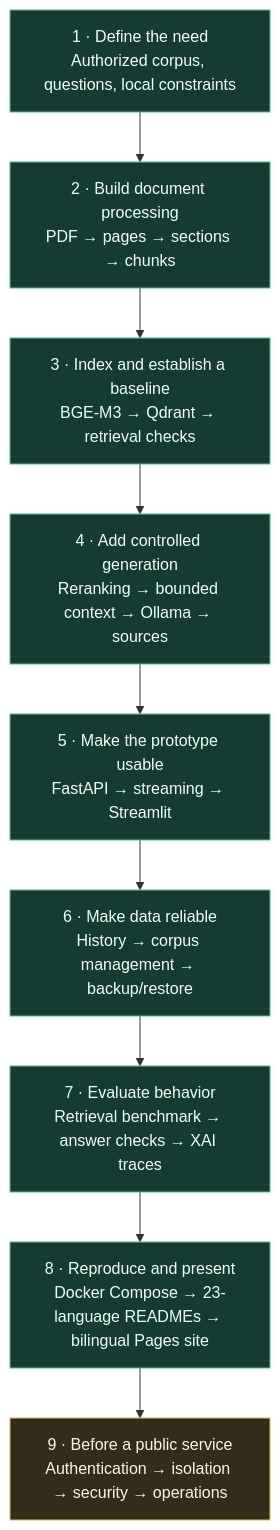
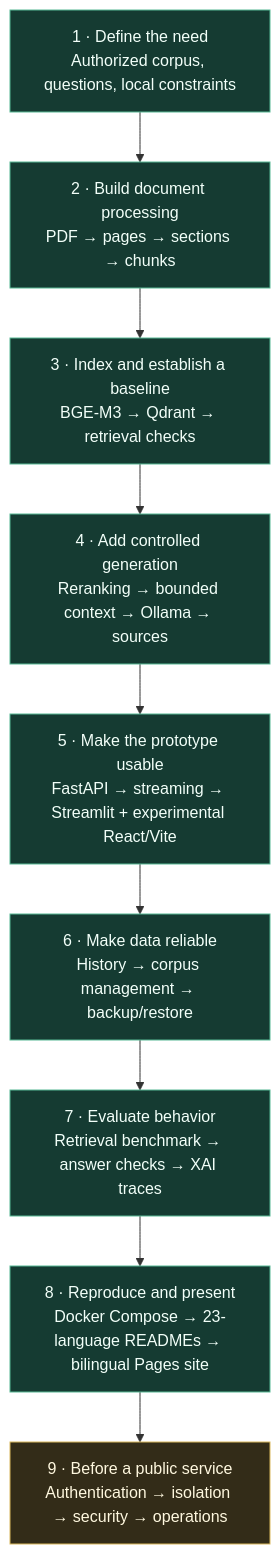
The diagram in docs/project-stages.en.md (zitouthani/RSLM), drawn with Mermaid before and after one commit. The commit also changed other lines of this file and 30 other files, not shown here.

First line of the commit message:
feat: Enhance retrieval graph and context handling in API responses

````diff
--- a/docs/project-stages.en.md
+++ b/docs/project-stages.en.md
@@ -9,15 +9,15 @@
 ```mermaid
 flowchart TD
     A["1 · Define the need<br/>Authorized corpus, questions, local constraints"] --> B["2 · Build document processing<br/>PDF → pages → sections → chunks"]
     B --> C["3 · Index and establish a baseline<br/>BGE-M3 → Qdrant → retrieval checks"]
     C --> D["4 · Add controlled generation<br/>Reranking → bounded context → Ollama → sources"]
-    D --> E["5 · Make the prototype usable<br/>FastAPI → streaming → Streamlit"]
+    D --> E["5 · Make the prototype usable<br/>FastAPI → streaming → Streamlit + experimental React/Vite"]
     E --> F["6 · Make data reliable<br/>History → corpus management → backup/restore"]
     F --> G["7 · Evaluate behavior<br/>Retrieval benchmark → answer checks → XAI traces"]
     G --> H["8 · Reproduce and present<br/>Docker Compose → 23-language READMEs → bilingual Pages site"]
     H --> I["9 · Before a public service<br/>Authentication → isolation → security → operations"]
     classDef implemented fill:#153b32,stroke:#57b894,color:#f2fff9
     classDef next fill:#332c18,stroke:#d9b85c,color:#fff8df
     class A,B,C,D,E,F,G,H implemented
     class I next
 ```
````
